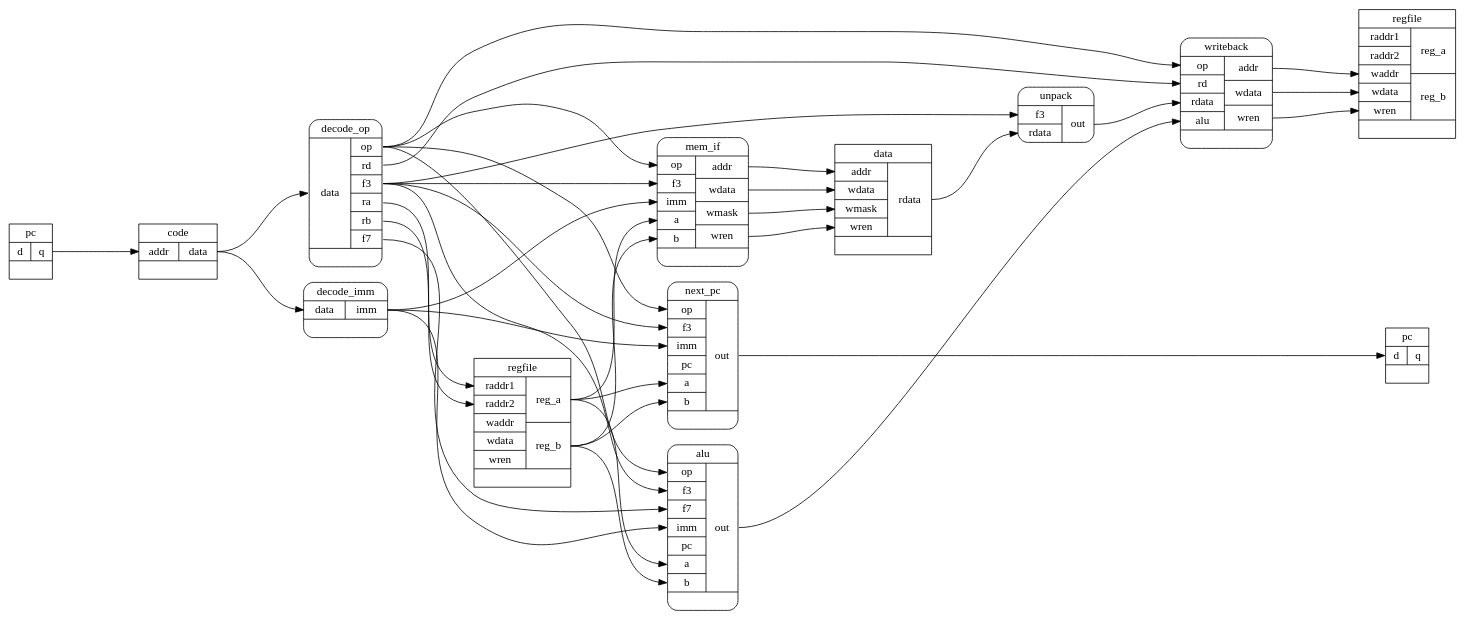
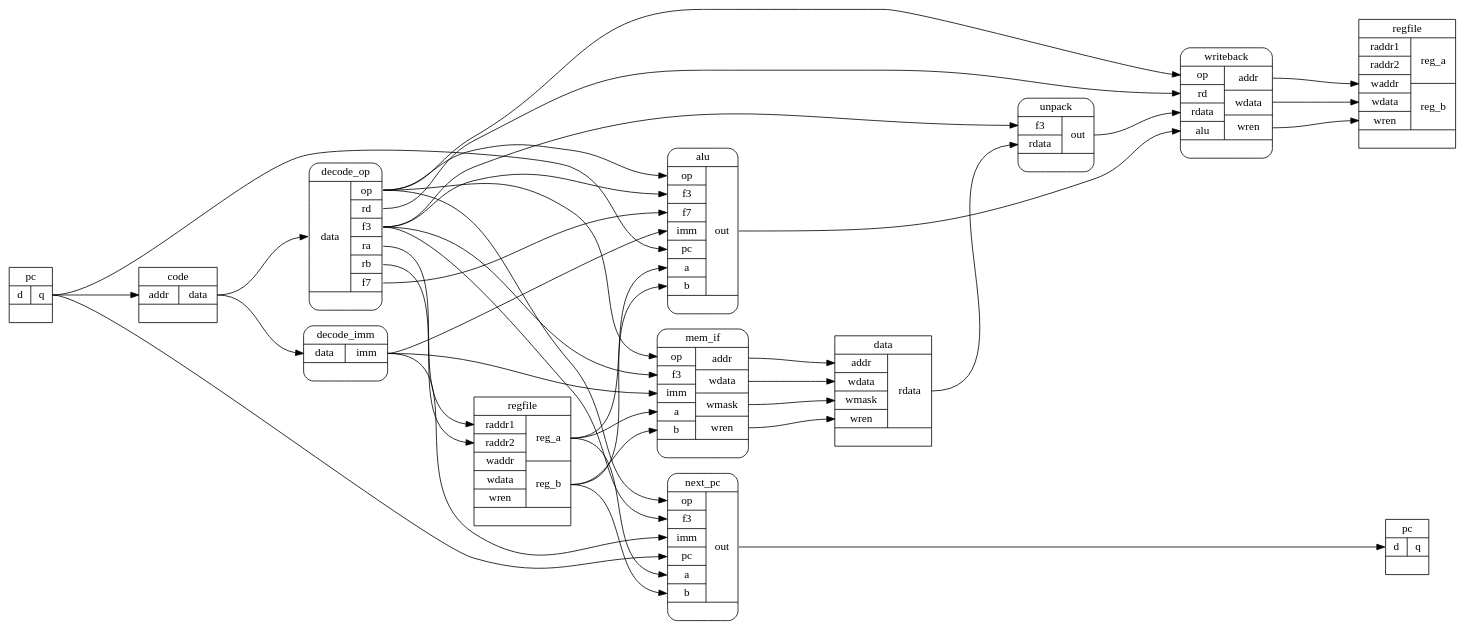
One commit to aappleby/pinwheel changed the diagram in pinwheel_diagram.dot. Above: the diagram before and after it, drawn with Graphviz. The commit also changed 1 other file, not shown here.

Commit message:
graph and code match

```diff
--- a/pinwheel_diagram.dot
+++ b/pinwheel_diagram.dot
@@ -1,6 +1,8 @@
 digraph G {
     rankdir="LR"
     ranksep=1.5
+    //nodesep=0.6
+    //splines=polyline
 
     // Fetch, Decode, Execute, Memory, Write
 
@@ -15,7 +17,7 @@
 
     writeback [shape="Mrecord" label="<top>writeback|{{<op>op|<rd>rd|<rdata>rdata|<alu>alu}|{<addr>addr|<wdata>wdata|<wren>wren}}|"]
 
-    unpack [shape="Mrecord" label="<top>unpack|{{<f3>f3|<rdata>rdata}|{<out>out}}"]
+    unpack [shape="Mrecord" label="<top>unpack|{{<f3>f3|<rdata>rdata}|{<out>out}}|"]
 
     decode_op [shape="Mrecord" label="<top>decode_op|{{<data>data}|{<op>op|<rd>rd|<f3>f3|<ra>ra|<rb>rb|<f7>f7}}|"]
 
@@ -39,6 +41,8 @@
 
 
     pc_l:q -> code:addr
+    pc_l:q -> next_pc:pc
+    pc_l:q -> alu:pc
 
     next_pc:out -> pc_r:d
 
```
